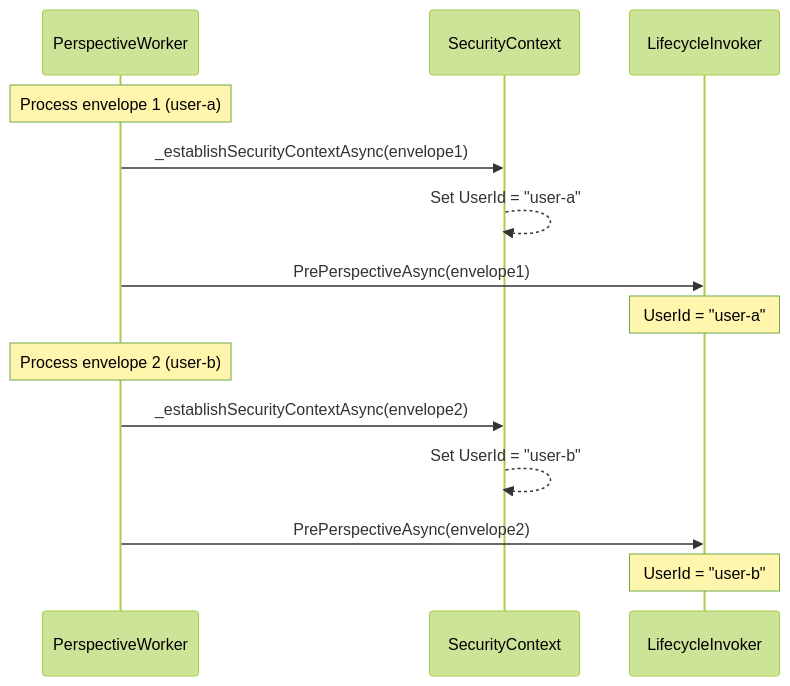
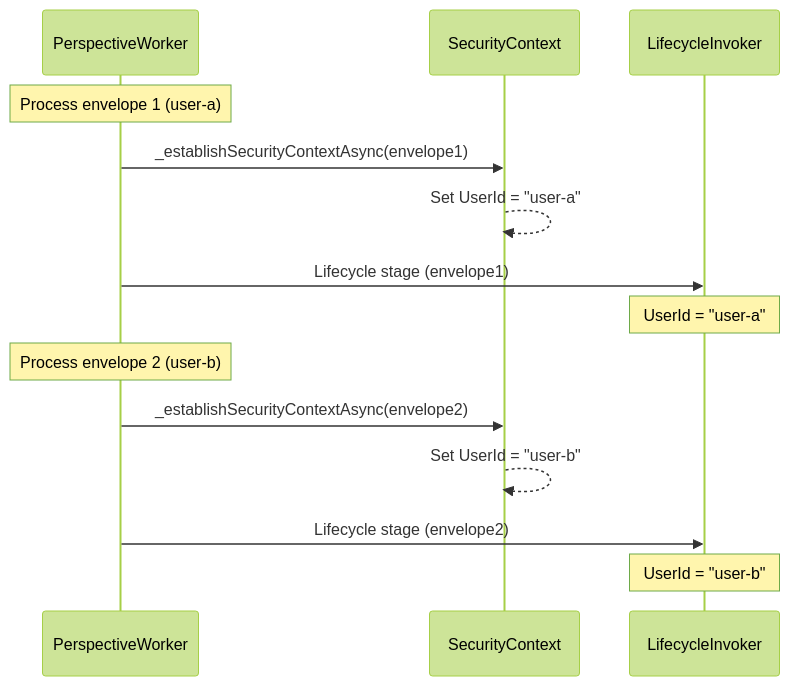
The second of 4 diagrams in src/assets/docs/v1.0.0/operations/workers/perspective-worker.md (whizbang-lib/whizbang-lib.github.io), drawn with Mermaid (forest theme) before and after one commit. The commit also changed other lines of this file and 38 other files, not shown here.

````diff
--- a/src/assets/docs/v1.0.0/operations/workers/perspective-worker.md
+++ b/src/assets/docs/v1.0.0/operations/workers/perspective-worker.md
@@ -515,18 +238,18 @@
 ```mermaid
 sequenceDiagram
     participant PW as PerspectiveWorker
     participant SC as SecurityContext
     participant LC as LifecycleInvoker
 
     Note over PW: Process envelope 1 (user-a)
     PW->>SC: _establishSecurityContextAsync(envelope1)
     SC-->>SC: Set UserId = "user-a"
-    PW->>LC: PrePerspectiveAsync(envelope1)
+    PW->>LC: Lifecycle stage (envelope1)
     Note over LC: UserId = "user-a"
 
     Note over PW: Process envelope 2 (user-b)
     PW->>SC: _establishSecurityContextAsync(envelope2)
     SC-->>SC: Set UserId = "user-b"
-    PW->>LC: PrePerspectiveAsync(envelope2)
+    PW->>LC: Lifecycle stage (envelope2)
     Note over LC: UserId = "user-b"
 ```
````
